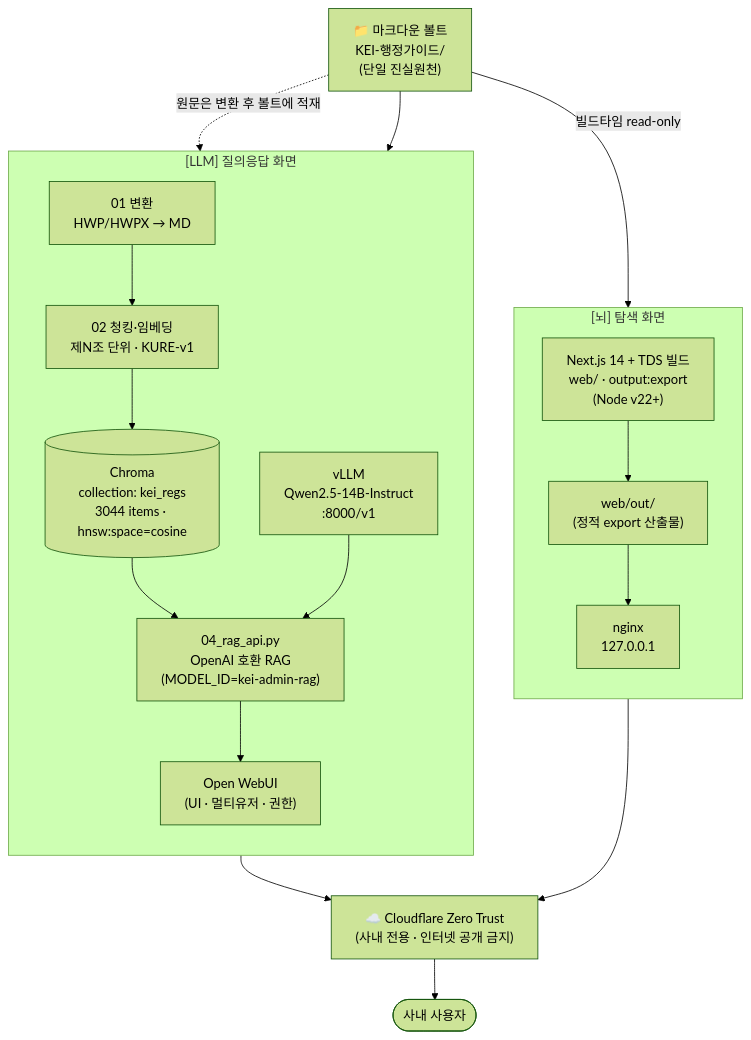
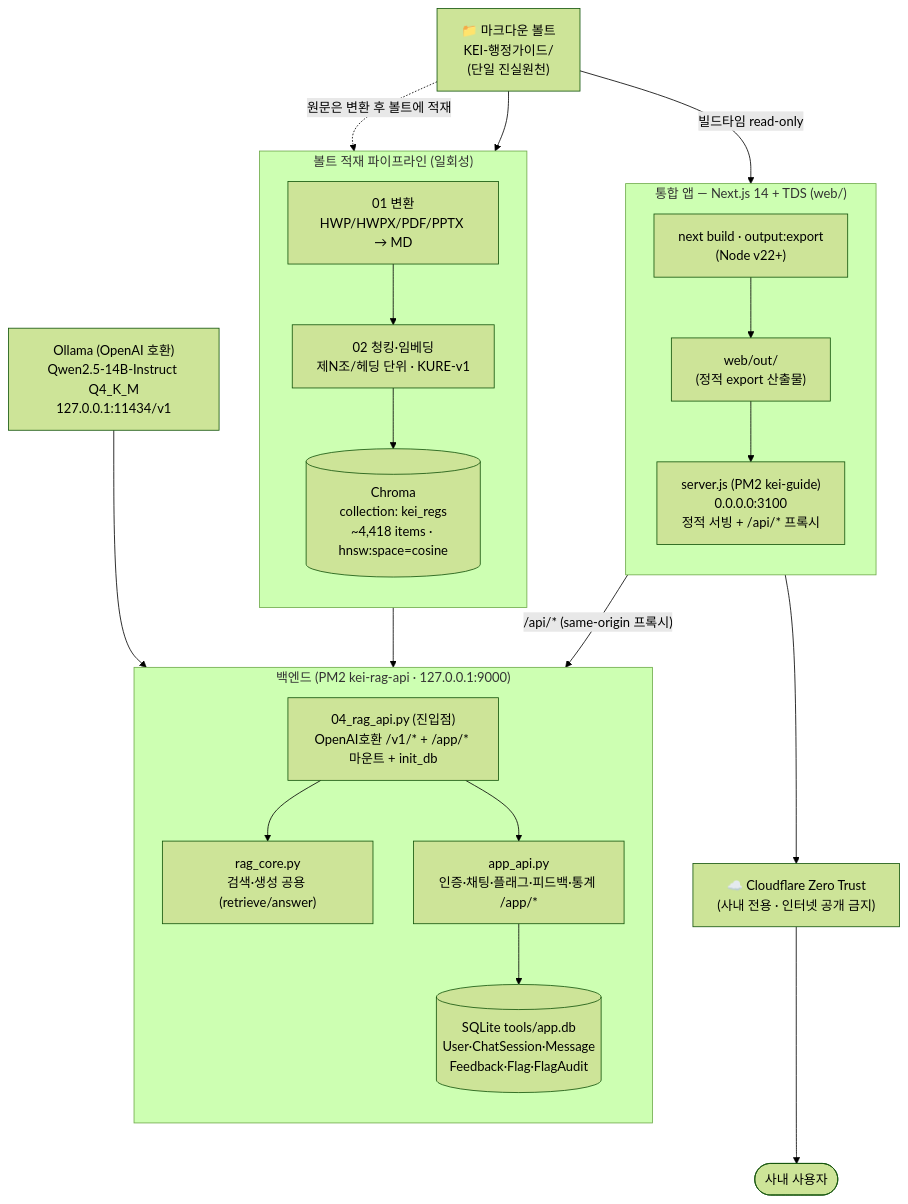
Before and after one commit to mooner92/KEIAdminSuperv: the first of 4 diagrams in docs/02-architecture.md, drawn with Mermaid (forest theme). The commit also changed other lines of this file and 13 other files, not shown here.

````diff
--- a/docs/02-architecture.md
+++ b/docs/02-architecture.md
@@ -30,34 +35,44 @@
 ```mermaid
 flowchart TD
     VAULT["📁 마크다운 볼트<br/>KEI-행정가이드/<br/>(단일 진실원천)"]
 
-    subgraph BRAIN["[뇌] 탐색 화면"]
+    subgraph APP["통합 앱 — Next.js 14 + TDS (web/)"]
         direction TB
-        NEXT["Next.js 14 + TDS 빌드<br/>web/ · output:export<br/>(Node v22+)"]
+        NEXT["next build · output:export<br/>(Node v22+)"]
         OUT["web/out/<br/>(정적 export 산출물)"]
-        NGINX["nginx<br/>127.0.0.1"]
-        NEXT --> OUT --> NGINX
+        SERVER["server.js (PM2 kei-guide)<br/>0.0.0.0:3100<br/>정적 서빙 + /api/* 프록시"]
+        NEXT --> OUT --> SERVER
     end
 
-    subgraph ASSIST["[LLM] 질의응답 화면"]
+    subgraph PIPE["볼트 적재 파이프라인 (일회성)"]
         direction TB
-        CONV["01 변환<br/>HWP/HWPX → MD"]
-        EMBED["02 청킹·임베딩<br/>제N조 단위 · KURE-v1"]
-        CHROMA[("Chroma<br/>collection: kei_regs<br/>3044 items · hnsw:space=cosine")]
-        RAGAPI["04_rag_api.py<br/>OpenAI 호환 RAG<br/>(MODEL_ID=kei-admin-rag)"]
-        VLLM["vLLM<br/>Qwen2.5-14B-Instruct<br/>:8000/v1"]
-        WEBUI["Open WebUI<br/>(UI · 멀티유저 · 권한)"]
+        CONV["01 변환<br/>HWP/HWPX/PDF/PPTX → MD"]
+        EMBED["02 청킹·임베딩<br/>제N조/헤딩 단위 · KURE-v1"]
+        CHROMA[("Chroma<br/>collection: kei_regs<br/>~4,418 items · hnsw:space=cosine")]
         CONV --> EMBED --> CHROMA
-        CHROMA --> RAGAPI
-        VLLM --> RAGAPI
-        RAGAPI --> WEBUI
     end
+
+    subgraph BACK["백엔드 (PM2 kei-rag-api · 127.0.0.1:9000)"]
+        direction TB
+        ENTRY["04_rag_api.py (진입점)<br/>OpenAI호환 /v1/* + /app/* 마운트 + init_db"]
+        CORE["rag_core.py<br/>검색·생성 공용 (retrieve/answer)"]
+        APPAPI["app_api.py<br/>인증·채팅·플래그·피드백·통계 /app/*"]
+        DB[("SQLite tools/app.db<br/>User·ChatSession·Message<br/>Feedback·Flag·FlagAudit")]
+        ENTRY --> CORE
+        ENTRY --> APPAPI
+        APPAPI --> DB
+    end
+
+    OLLAMA["Ollama (OpenAI 호환)<br/>Qwen2.5-14B-Instruct Q4_K_M<br/>127.0.0.1:11434/v1"]
 
     VAULT -- "빌드타임 read-only" --> NEXT
     VAULT -. "원문은 변환 후 볼트에 적재" .-> CONV
     VAULT --> EMBED
 
-    NGINX --> CF["☁️ Cloudflare Zero Trust<br/>(사내 전용 · 인터넷 공개 금지)"]
-    WEBUI --> CF
+    SERVER -- "/api/* (same-origin 프록시)" --> ENTRY
+    CHROMA --> CORE
+    OLLAMA --> CORE
+
+    SERVER --> CF["☁️ Cloudflare Zero Trust<br/>(사내 전용 · 인터넷 공개 금지)"]
     CF --> USER(["사내 사용자"])
 ```
````
